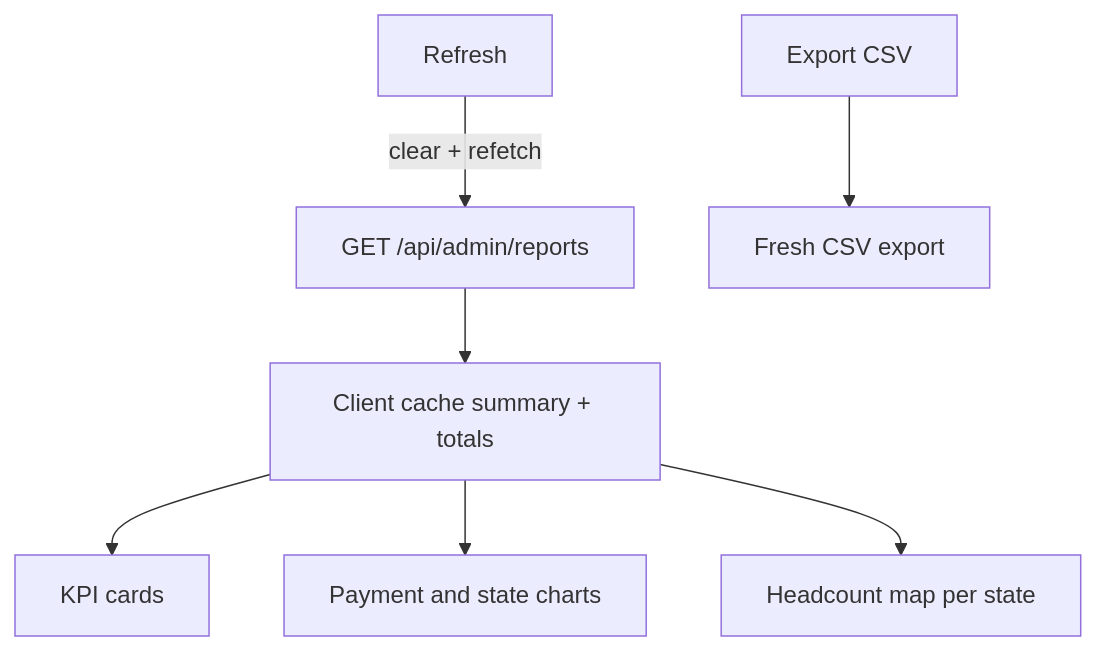
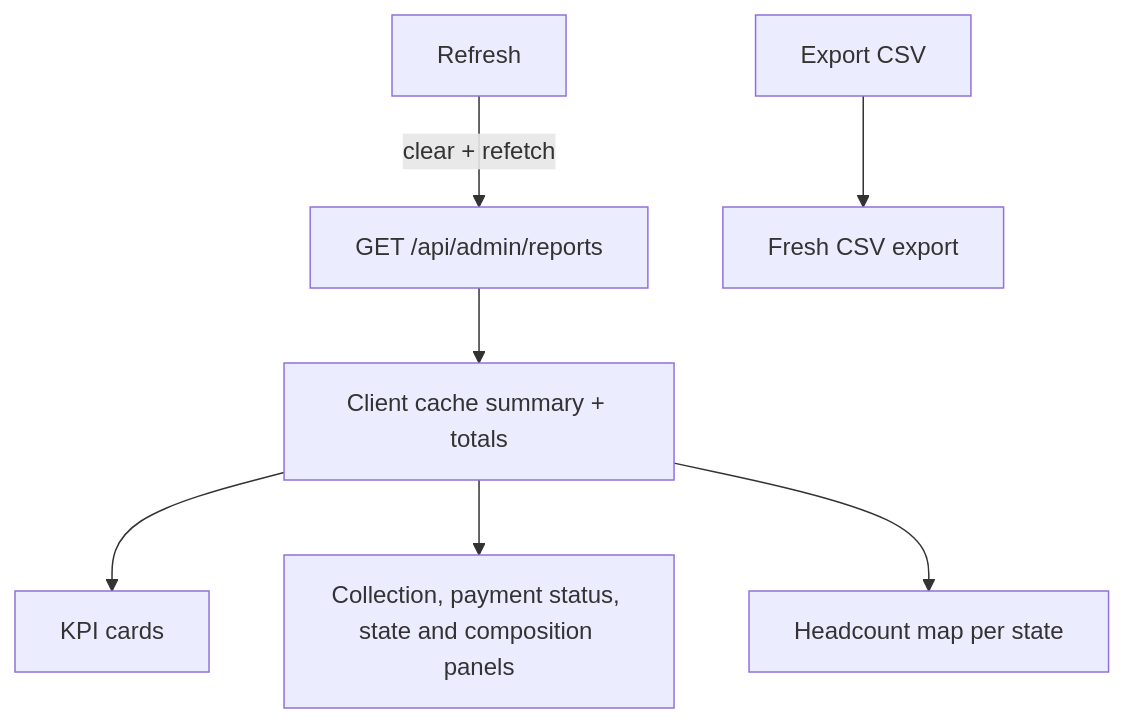
One commit to dotnetmike/CFCA_Registration changed the second of 6 diagrams in docs/flows/admin-dashboard.md. Above: the diagram before and after it, drawn with Mermaid. The commit also changed other lines of this file and 8 other files, not shown here.

````diff
--- a/docs/flows/admin-dashboard.md
+++ b/docs/flows/admin-dashboard.md
@@ -23,15 +23,15 @@
 ```mermaid
 flowchart TB
   Fetch[GET /api/admin/reports]
   Cache[Client cache summary + totals]
   KPIs[KPI cards]
-  Charts[Payment and state charts]
+  Charts[Collection, payment status, state and composition panels]
   Map[Headcount map per state]
   CSV[Fresh CSV export]
   Fetch --> Cache
   Cache --> KPIs
   Cache --> Charts
   Cache --> Map
   Refresh[Refresh] -->|clear + refetch| Fetch
   Export[Export CSV] --> CSV
 ```
````
